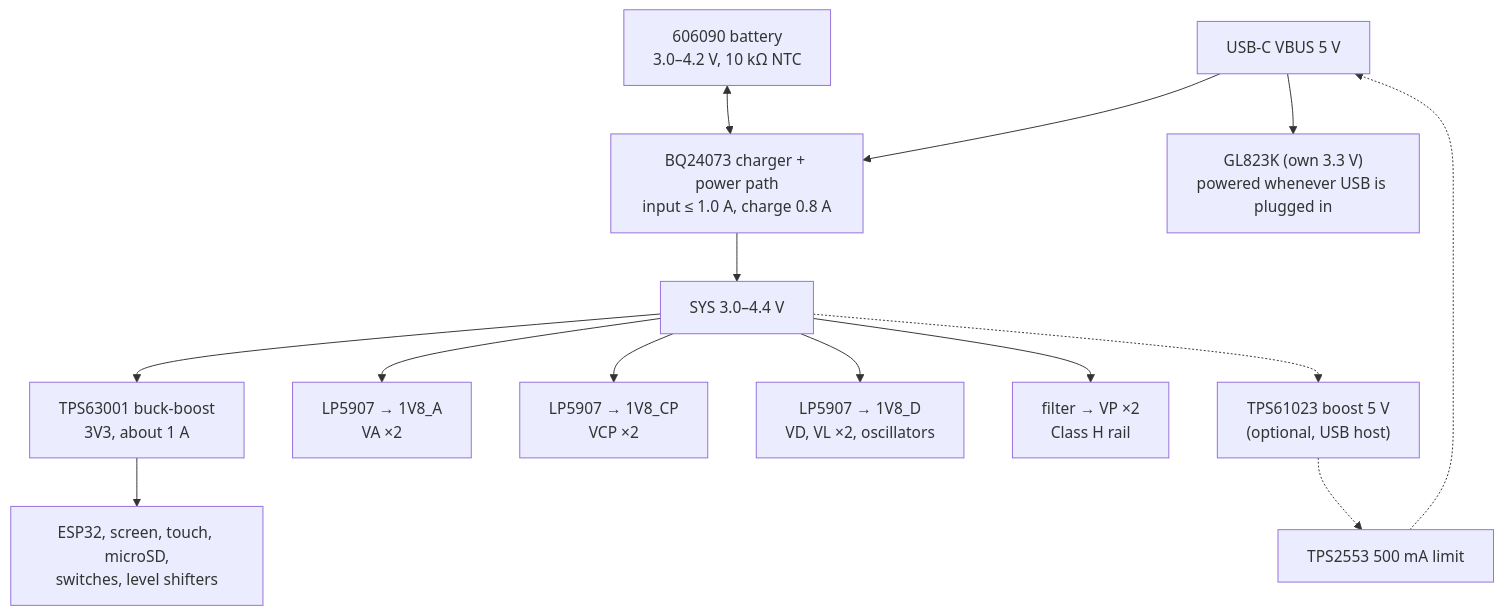
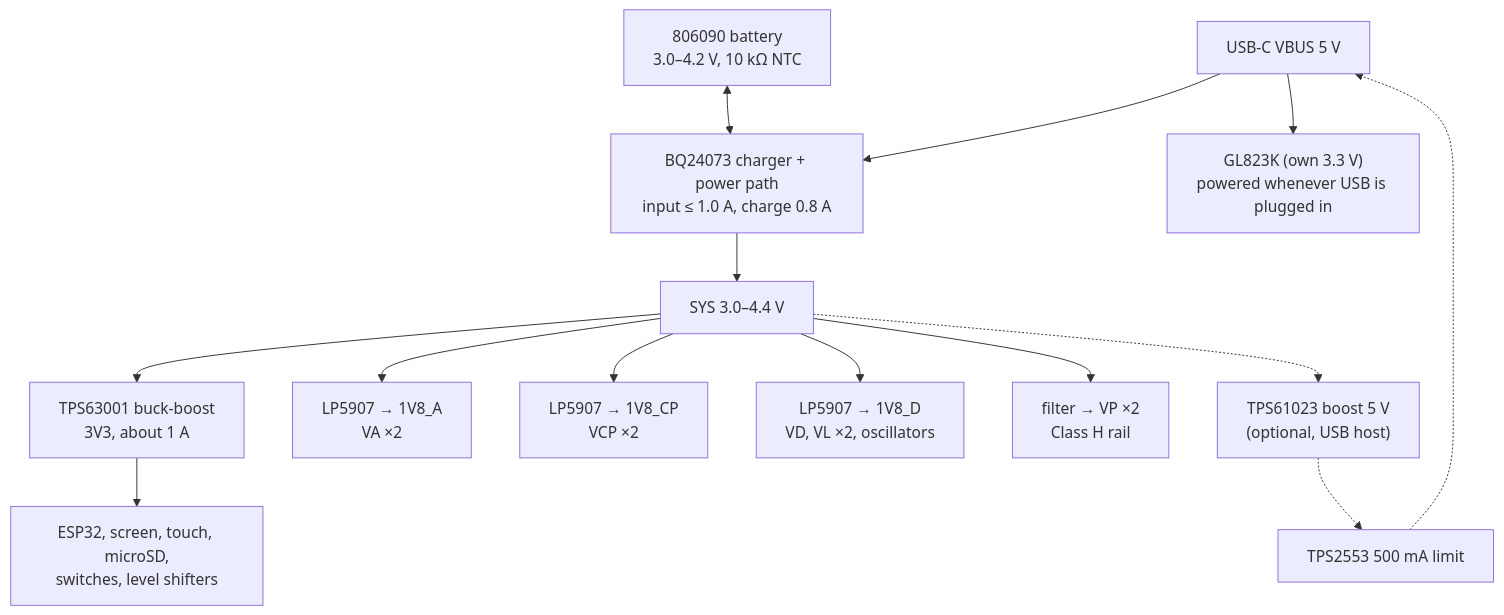
One commit to HedgehogsGX/e-ink-dap changed the second of 2 diagrams in docs/pcb_plan.md. Above: the diagram before and after it, drawn with Mermaid. The commit also changed other lines of this file and 29 other files, not shown here.

````diff
--- a/docs/pcb_plan.md
+++ b/docs/pcb_plan.md
@@ -84,15 +88,15 @@
 ```mermaid
 flowchart TD
   VBUS["USB-C VBUS 5 V"] --> CHG["BQ24073 charger + power path<br/>input ≤ 1.0 A, charge 0.8 A"]
-  BAT["606090 battery<br/>3.0–4.2 V, 10 kΩ NTC"] <--> CHG
+  BAT["806090 battery<br/>3.0–4.2 V, 10 kΩ NTC"] <--> CHG
   CHG --> SYS["SYS 3.0–4.4 V"]
   SYS --> BB["TPS63001 buck-boost<br/>3V3, about 1 A"]
   SYS --> LDOA["LP5907 → 1V8_A<br/>VA ×2"]
   SYS --> LDOC["LP5907 → 1V8_CP<br/>VCP ×2"]
   SYS --> LDOD["LP5907 → 1V8_D<br/>VD, VL ×2, oscillators"]
   SYS --> VP["filter → VP ×2<br/>Class H rail"]
   SYS -.-> BST["TPS61023 boost 5 V<br/>(optional, USB host)"]
   BST -.-> LSW["TPS2553 500 mA limit"] -.-> VBUS
   BB --> L33["ESP32, screen, touch, microSD,<br/>switches, level shifters"]
   VBUS --> GLP["GL823K (own 3.3 V)<br/>powered whenever USB is plugged in"]
 ```
````
